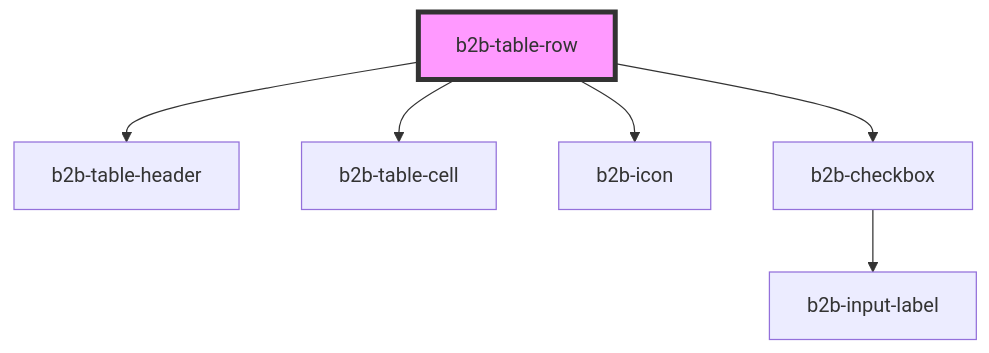
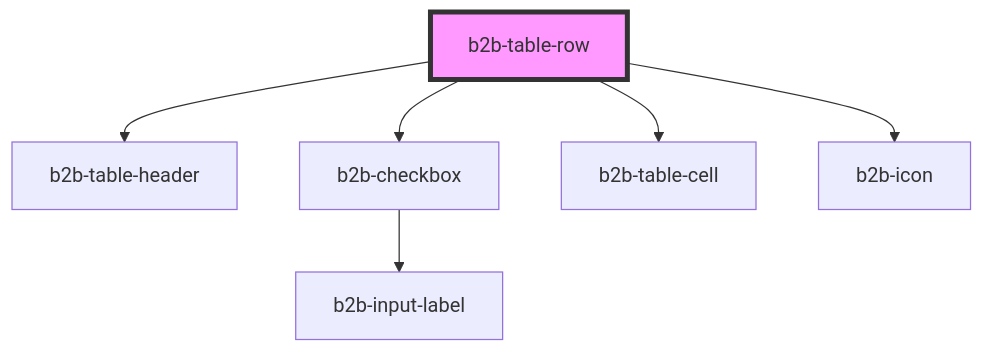
One commit to otto-de/b2b-design-system changed the diagram in packages/core-components/src/components/table/table-row/readme.md. Above: the diagram before and after it, drawn with Mermaid. The commit also changed other lines of this file and 6 other files, not shown here.

````diff
--- a/packages/core-components/src/components/table/table-row/readme.md
+++ b/packages/core-components/src/components/table/table-row/readme.md
@@ -52,9 +51,9 @@
 ```mermaid
 graph TD;
   b2b-table-row --> b2b-table-header
+  b2b-table-row --> b2b-checkbox
   b2b-table-row --> b2b-table-cell
   b2b-table-row --> b2b-icon
-  b2b-table-row --> b2b-checkbox
   b2b-checkbox --> b2b-input-label
   style b2b-table-row fill:#f9f,stroke:#333,stroke-width:4px
 ```
````
